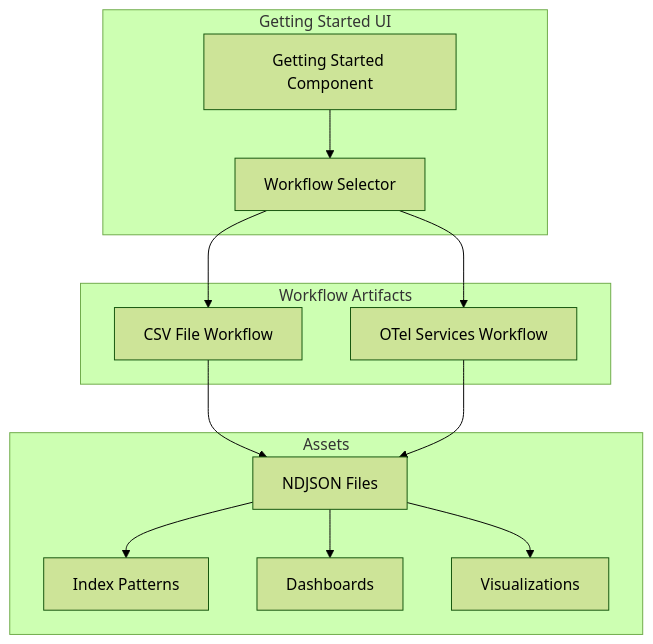
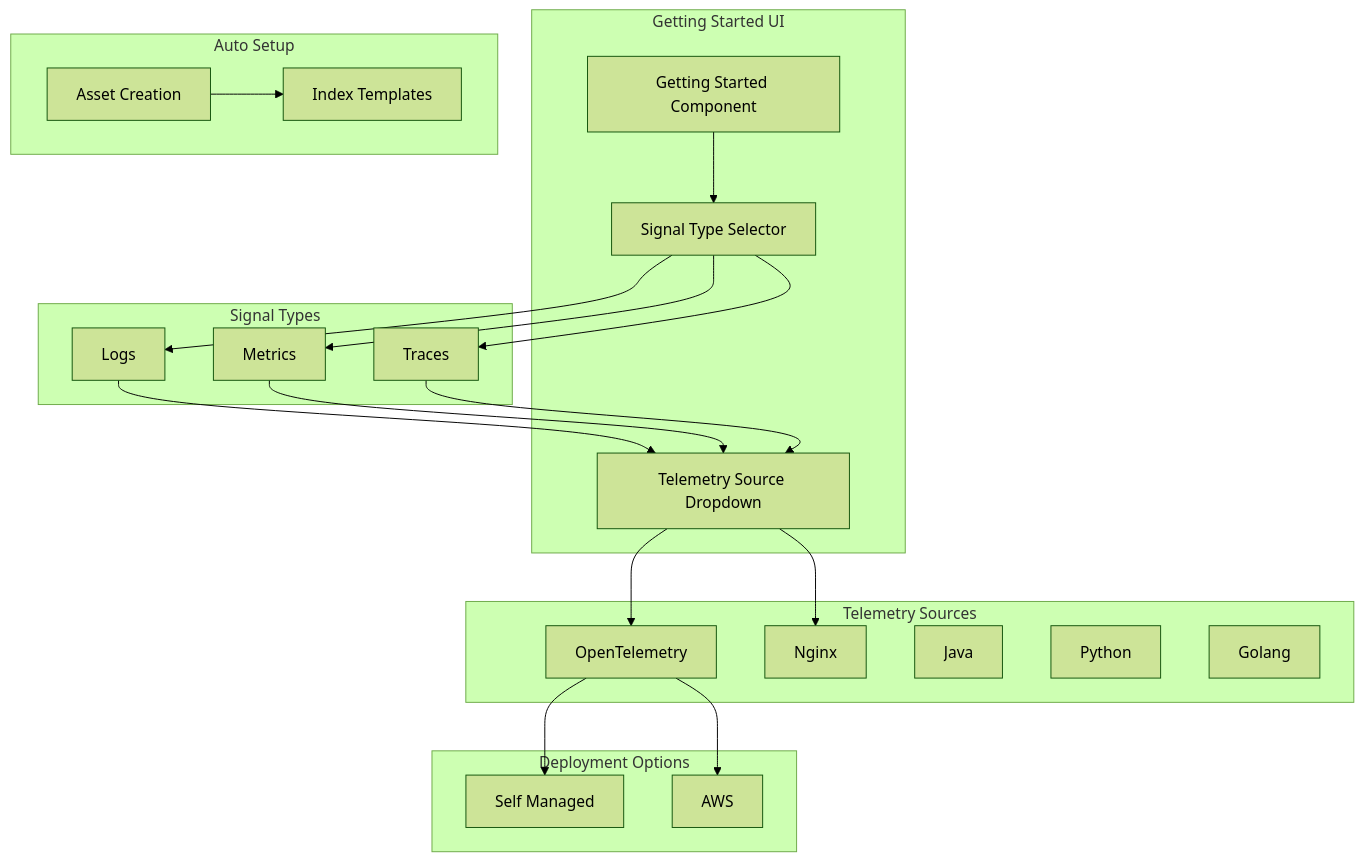
The diagram in docs/features/dashboards-observability/getting-started-workflows.md (tkykenmt/opensearch-feature-explorer), drawn with Mermaid (forest theme) before and after one commit. The commit also changed other lines of this file and 2 other files, not shown here.

````diff
--- a/docs/features/dashboards-observability/getting-started-workflows.md
+++ b/docs/features/dashboards-observability/getting-started-workflows.md
@@ -11,28 +11,45 @@
 ```mermaid
 graph TB
     subgraph "Getting Started UI"
         GS[Getting Started Component]
-        WF[Workflow Selector]
+        ST[Signal Type Selector]
+        TS[Telemetry Source Dropdown]
     end
     
-    subgraph "Workflow Artifacts"
-        CSV[CSV File Workflow]
-        OTEL[OTel Services Workflow]
+    subgraph "Signal Types"
+        LOGS[Logs]
+        METRICS[Metrics]
+        TRACES[Traces]
     end
     
-    subgraph "Assets"
-        NDJSON[NDJSON Files]
-        IP[Index Patterns]
-        DASH[Dashboards]
-        VIS[Visualizations]
+    subgraph "Telemetry Sources"
+        OTEL[OpenTelemetry]
+        NGINX[Nginx]
+        JAVA[Java]
+        PYTHON[Python]
+        GOLANG[Golang]
     end
     
-    GS --> WF
-    WF --> CSV
-    WF --> OTEL
-    CSV --> NDJSON
-    OTEL --> NDJSON
-    NDJSON --> IP
-    NDJSON --> DASH
-    NDJSON --> VIS
+    subgraph "Deployment Options"
+        SM[Self Managed]
+        AWS[AWS]
+    end
+    
+    subgraph "Auto Setup"
+        ASSETS[Asset Creation]
+        TEMPLATES[Index Templates]
+    end
+    
+    GS --> ST
+    ST --> LOGS
+    ST --> METRICS
+    ST --> TRACES
+    LOGS --> TS
+    METRICS --> TS
+    TRACES --> TS
+    TS --> OTEL
+    TS --> NGINX
+    OTEL --> SM
+    OTEL --> AWS
+    ASSETS --> TEMPLATES
 ```
````
